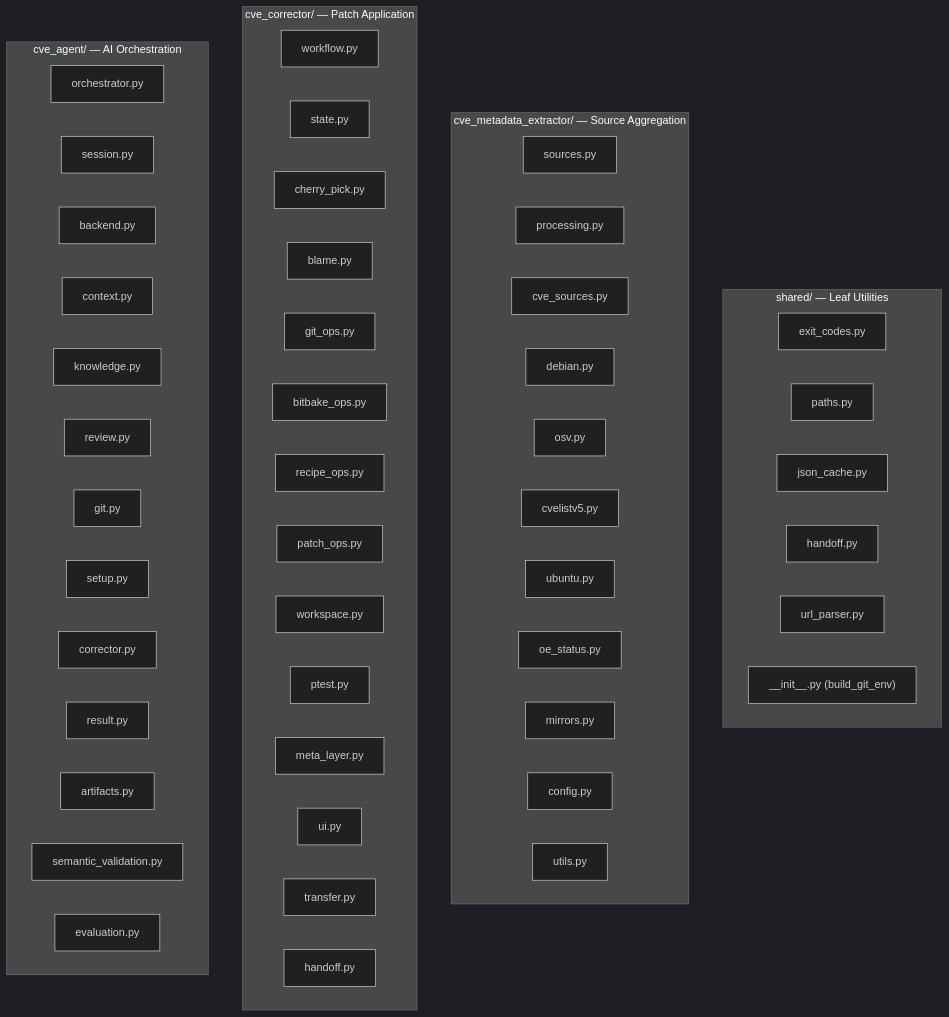
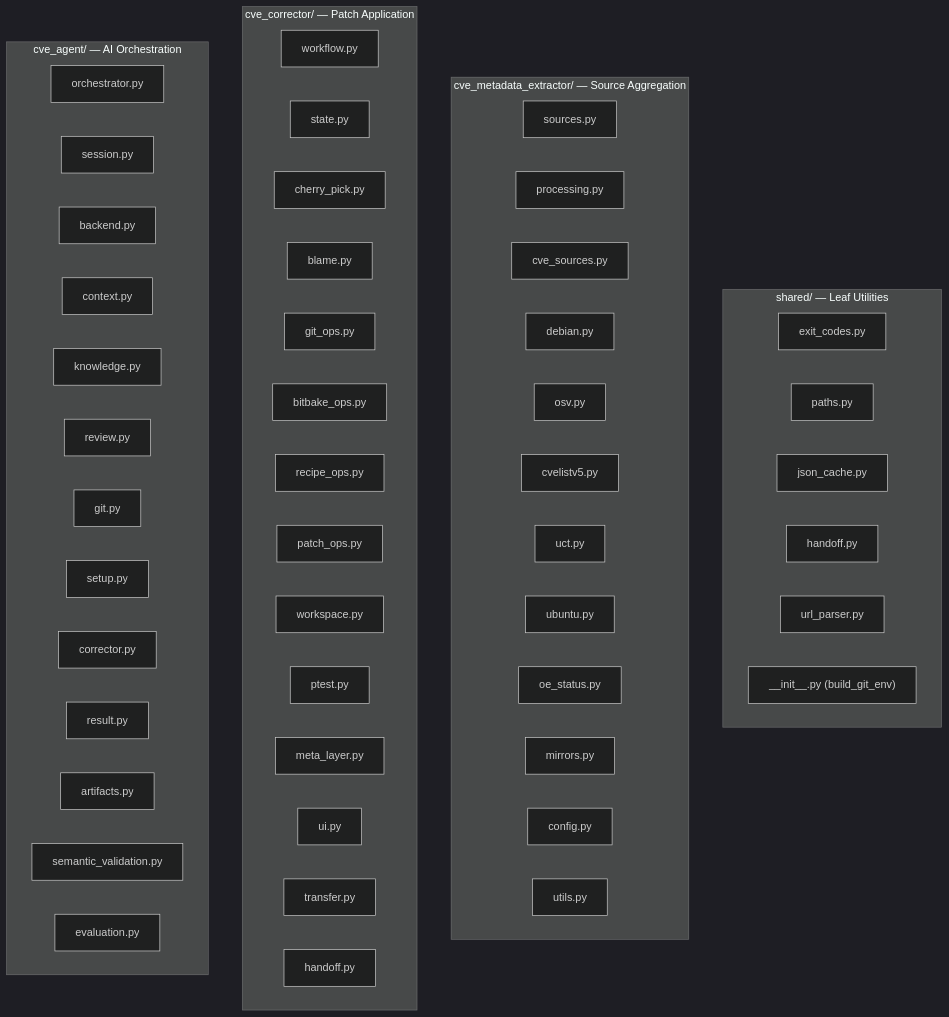
Before and after one commit to Ericsson/yocto-security-tools: the diagram in .agents/summary/components.md, drawn with Mermaid (dark theme). The commit also changed other lines of this file and 8 other files, not shown here.

````diff
--- a/.agents/summary/components.md
+++ b/.agents/summary/components.md
@@ -5,55 +5,56 @@
 ```mermaid
 graph TB
     subgraph shared["shared/ — Leaf Utilities"]
         exit_codes["exit_codes.py"]
         paths["paths.py"]
         json_cache["json_cache.py"]
         shared_handoff["handoff.py"]
         url_parser["url_parser.py"]
         shared_init["__init__.py (build_git_env)"]
     end
     subgraph extractor["cve_metadata_extractor/ — Source Aggregation"]
         sources["sources.py"]
         processing["processing.py"]
         cve_sources["cve_sources.py"]
         debian["debian.py"]
         osv["osv.py"]
         cvelistv5["cvelistv5.py"]
+        uct["uct.py"]
         ubuntu["ubuntu.py"]
         oe_status["oe_status.py"]
         mirrors["mirrors.py"]
         ext_config["config.py"]
         ext_utils["utils.py"]
     end
     subgraph corrector["cve_corrector/ — Patch Application"]
         workflow["workflow.py"]
         state["state.py"]
         cherry_pick["cherry_pick.py"]
         blame["blame.py"]
         git_ops["git_ops.py"]
         bitbake_ops["bitbake_ops.py"]
         recipe_ops["recipe_ops.py"]
         patch_ops["patch_ops.py"]
         workspace["workspace.py"]
         ptest["ptest.py"]
         meta_layer["meta_layer.py"]
         ui["ui.py"]
         transfer["transfer.py"]
         corrector_handoff["handoff.py"]
     end
     subgraph agent["cve_agent/ — AI Orchestration"]
         orchestrator["orchestrator.py"]
         session["session.py"]
         backend["backend.py"]
         context["context.py"]
         knowledge["knowledge.py"]
         review["review.py"]
         agent_git["git.py"]
         setup["setup.py"]
         corrector_mod["corrector.py"]
         result["result.py"]
         artifacts["artifacts.py"]
         semantic_validation["semantic_validation.py"]
         evaluation["evaluation.py"]
     end
 ```
````
